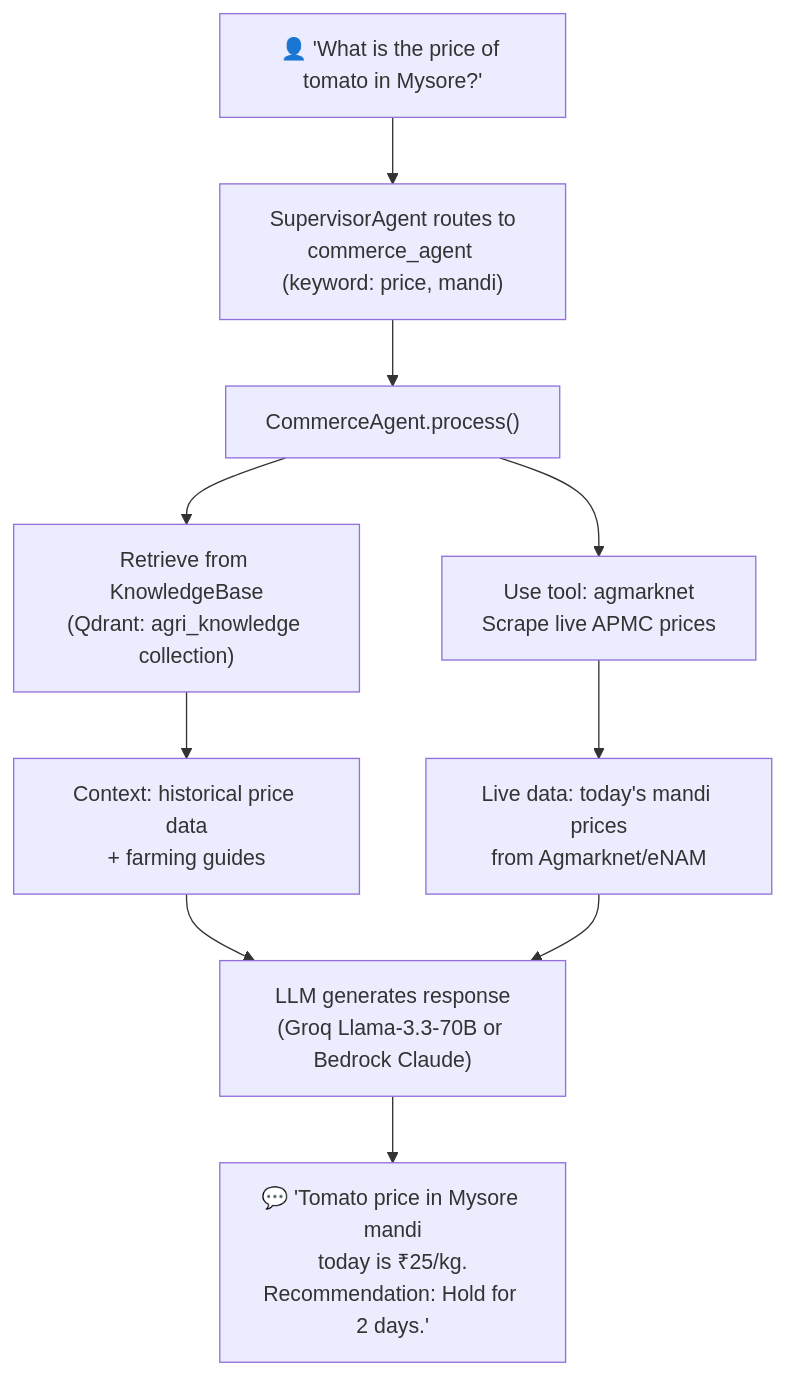
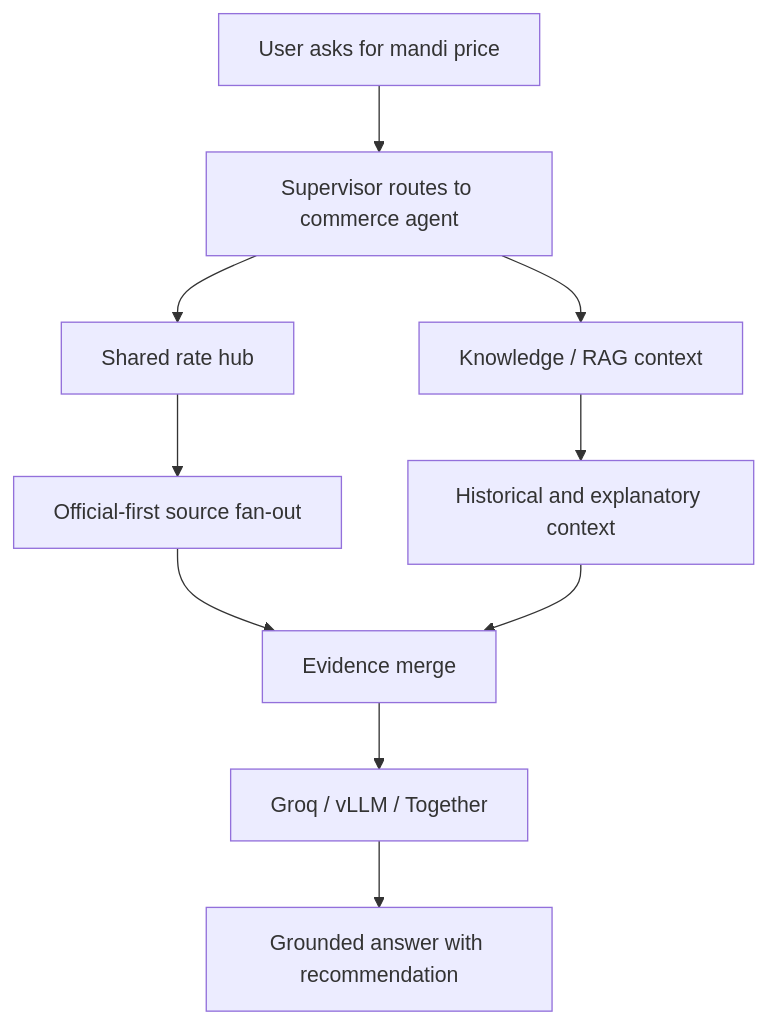
Before and after one commit to cropfresh/Cropfresh_Ai: the fourth of 6 diagrams in docs/architecture/data-flow.md, drawn with Mermaid. The commit also changed other lines of this file and 51 other files, not shown here.

````diff
--- a/docs/architecture/data-flow.md
+++ b/docs/architecture/data-flow.md
@@ -134,13 +98,12 @@
 ```mermaid
 flowchart TD
-    Q["👤 'What is the price of tomato in Mysore?'"] --> SUP["SupervisorAgent routes to<br/>commerce_agent (keyword: price, mandi)"]
-    SUP --> CA["CommerceAgent.process()"]
-    CA --> RAG["Retrieve from KnowledgeBase<br/>(Qdrant: agri_knowledge collection)"]
-    CA --> TOOL["Use tool: agmarknet<br/>Scrape live APMC prices"]
-
-    RAG --> CTX["Context: historical price data<br/>+ farming guides"]
-    TOOL --> LIVE["Live data: today's mandi prices<br/>from Agmarknet/eNAM"]
-
-    CTX & LIVE --> LLM["LLM generates response<br/>(Groq Llama-3.3-70B or Bedrock Claude)"]
-    LLM --> RESP["💬 'Tomato price in Mysore mandi<br/>today is ₹25/kg.<br/>Recommendation: Hold for 2 days.'"]
+    Q["User asks for mandi price"] --> SUP["Supervisor routes to commerce agent"]
+    SUP --> TOOL["Shared rate hub"]
+    SUP --> KB["Knowledge / RAG context"]
+    TOOL --> LIVE["Official-first source fan-out"]
+    KB --> CONTEXT["Historical and explanatory context"]
+    LIVE --> MERGE["Evidence merge"]
+    CONTEXT --> MERGE
+    MERGE --> LLM["Groq / vLLM / Together"]
+    LLM --> RESP["Grounded answer with recommendation"]
 ```
````
